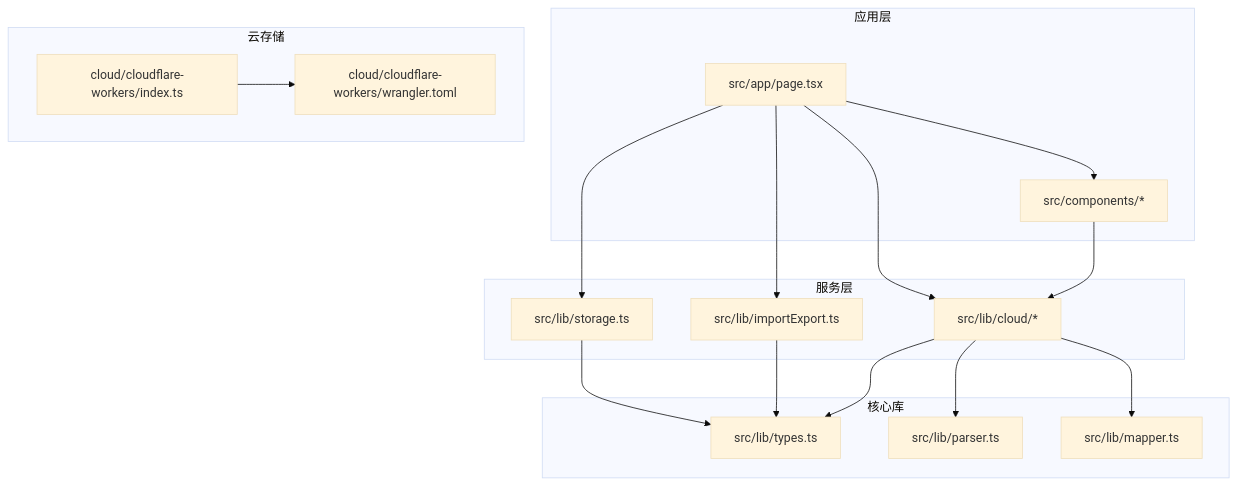
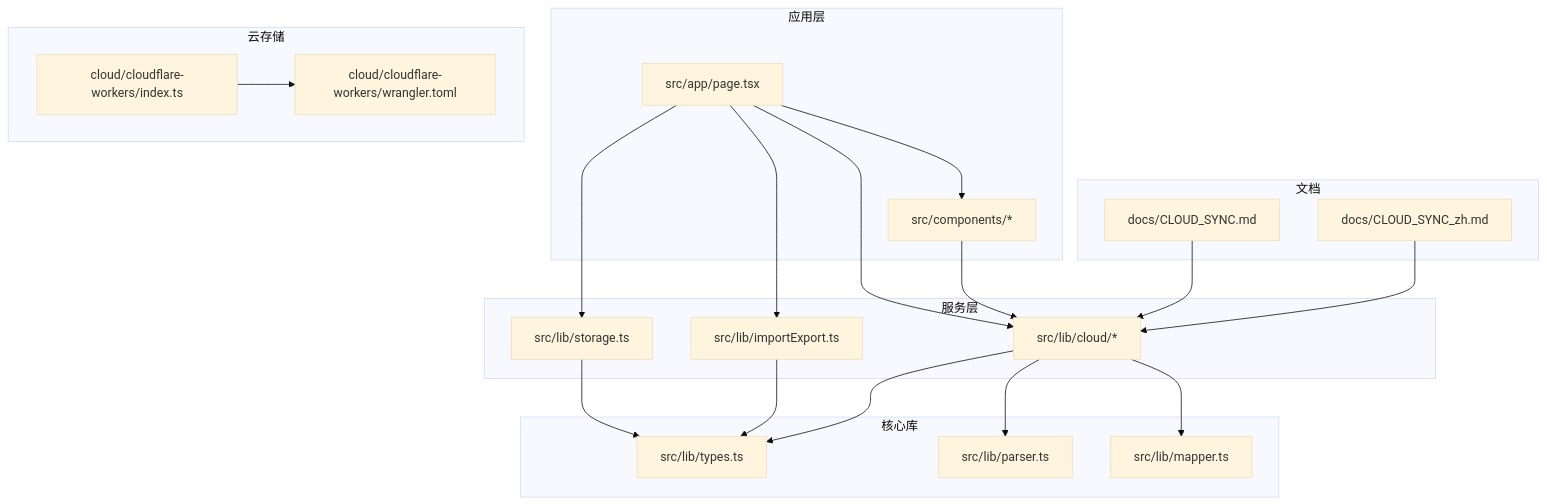
Before and after one commit to steveyu2/formula-mapper: diagram 11 of 11 in .qoder/repowiki/zh/content/用户指南/数据管理/云存储系统.md, drawn with Mermaid (base theme). The commit also changed other lines of this file and 2 other files, not shown here.

````diff
--- a/.qoder/repowiki/zh/content/用户指南/数据管理/云存储系统.md
+++ b/.qoder/repowiki/zh/content/用户指南/数据管理/云存储系统.md
@@ -472,32 +573,38 @@
 ```mermaid
 graph TB
 subgraph "应用层"
 A[src/app/page.tsx]
 B[src/components/*]
 end
 subgraph "服务层"
 C[src/lib/storage.ts]
 D[src/lib/importExport.ts]
 E[src/lib/cloud/*]
 end
 subgraph "核心库"
 F[src/lib/types.ts]
 G[src/lib/parser.ts]
 H[src/lib/mapper.ts]
 end
 subgraph "云存储"
 I[cloud/cloudflare-workers/index.ts]
 J[cloud/cloudflare-workers/wrangler.toml]
 end
+subgraph "文档"
+K[docs/CLOUD_SYNC.md]
+L[docs/CLOUD_SYNC_zh.md]
+end
 A --> B
 A --> C
 A --> D
 A --> E
 B --> E
 C --> F
 D --> F
 E --> F
 E --> G
 E --> H
 I --> J
+K --> E
+L --> E
 ```
````
